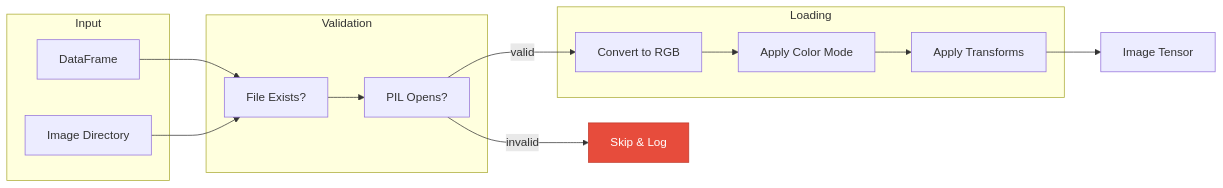
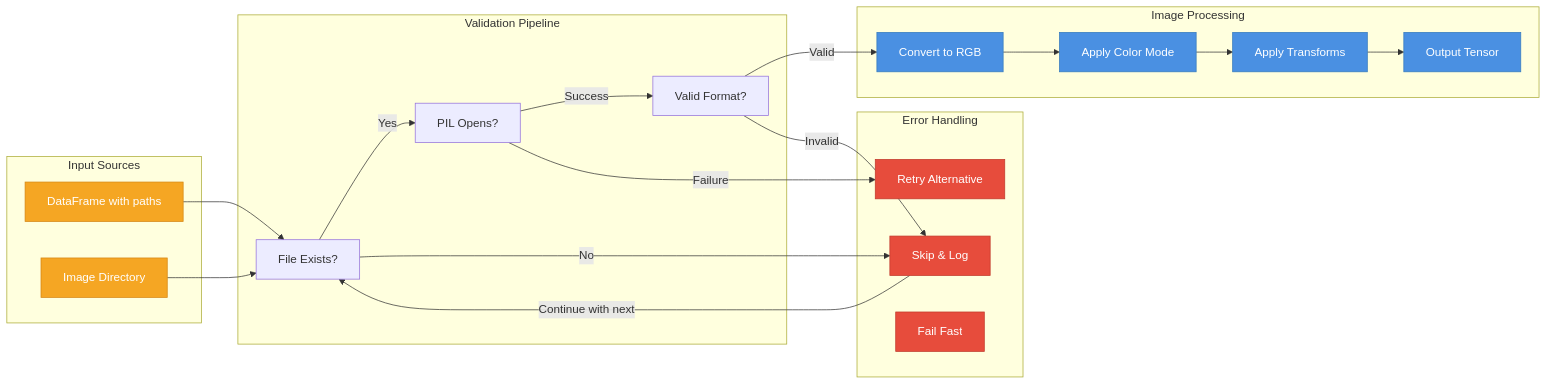
One commit to h19overflow/federated_learning changed the fourth of 7 diagrams in federated_pneumonia_detection/src/entities/README.md. Above: the diagram before and after it, drawn with Mermaid. The commit also changed other lines of this file and 8 other files, not shown here.

````diff
--- a/federated_pneumonia_detection/src/entities/README.md
+++ b/federated_pneumonia_detection/src/entities/README.md
@@ -63,27 +170,51 @@
 ```mermaid
 flowchart LR
-    subgraph Input
-        DF[DataFrame]
+    subgraph Input["Input Sources"]
+        DF[DataFrame with paths]
         Dir[Image Directory]
     end
 
-    subgraph Validation
+    subgraph Validation["Validation Pipeline"]
         Check[File Exists?]
         PIL[PIL Opens?]
+        Format[Valid Format?]
     end
 
-    subgraph Loading
+    subgraph Processing["Image Processing"]
         RGB[Convert to RGB]
         Mode[Apply Color Mode]
         Trans[Apply Transforms]
+        Tensor[Output Tensor]
+    end
+
+    subgraph Error["Error Handling"]
+        Skip[Skip & Log]
+        Retry[Retry Alternative]
+        Fail[Fail Fast]
     end
 
     DF --> Check
     Dir --> Check
-    Check --> PIL
-    PIL -->|valid| RGB
-    PIL -->|invalid| Skip[Skip & Log]
-    RGB --> Mode --> Trans --> Tensor[Image Tensor]
+    Check -->|Yes| PIL
+    Check -->|No| Skip
+    
+    PIL -->|Success| Format
+    PIL -->|Failure| Retry
+    
+    Format -->|Valid| RGB
+    Format -->|Invalid| Skip
+    
+    RGB --> Mode --> Trans --> Tensor
+    
+    Skip -->|Continue with next| Check
 
-    style Skip fill:#e74c3c,stroke:#c0392b,color:#fff
+    classDef success fill:#27AE60,stroke:#1E8449,color:#fff
+    classDef error fill:#E74C3C,stroke:#C0392B,color:#fff
+    classDef process fill:#4A90E2,stroke:#357ABD,color:#fff
+    classDef input fill:#F5A623,stroke:#D58512,color:#fff
+
+    class Check,PIL,Format validation
+    class RGB,Mode,Trans,Tensor process
+    class Skip,Retry,Fail error
+    class DF,Dir input
 ```
````
